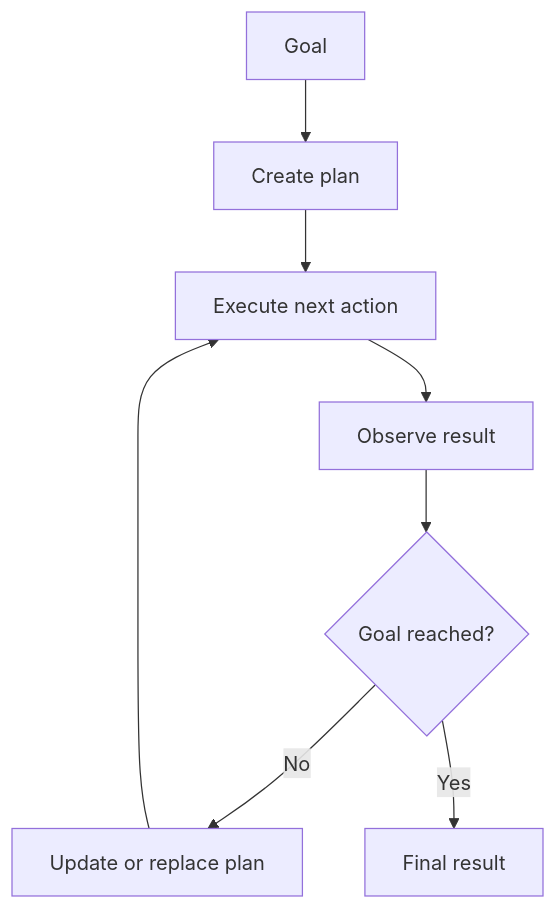
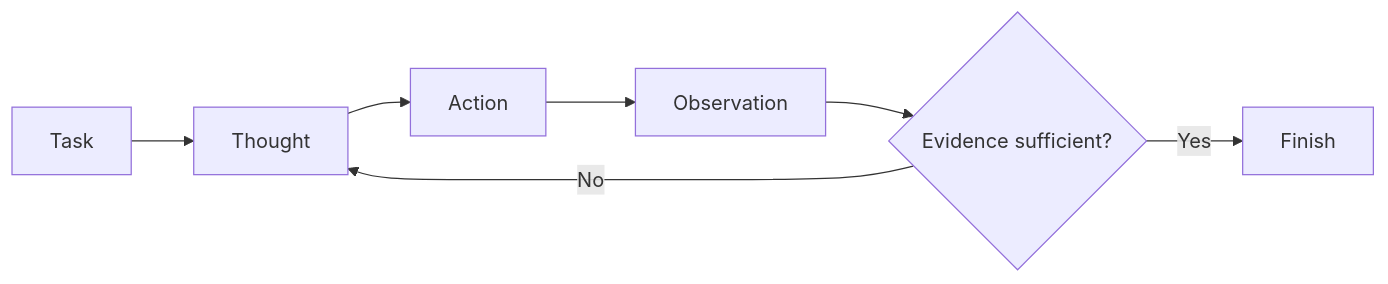
The third of 7 diagrams in docs/readings/week01-agentic-design-patterns.md (zheng-bobo/verifiable_agent_lab), drawn with Mermaid before and after one commit. The commit also changed other lines of this file and 21 other files, not shown here.

````diff
--- a/docs/readings/week01-agentic-design-patterns.md
+++ b/docs/readings/week01-agentic-design-patterns.md
@@ -83,10 +130,9 @@
 ```mermaid
-flowchart TD
-    G[Goal] --> P[Create plan]
-    P --> A[Execute next action]
-    A --> O[Observe result]
-    O --> D{Goal reached?}
-    D -->|No| U[Update or replace plan]
-    U --> A
-    D -->|Yes| F[Final result]
+flowchart LR
+    Q[Task] --> T[Thought]
+    T --> A[Action]
+    A --> O[Observation]
+    O --> D{Evidence sufficient?}
+    D -->|No| T
+    D -->|Yes| F[Finish]
 ```
````
